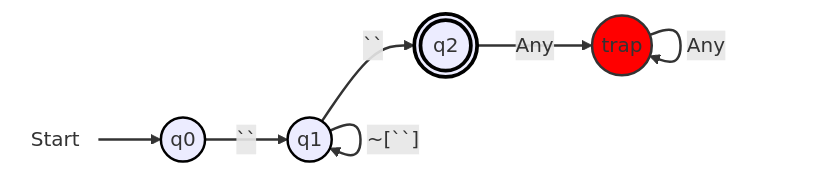
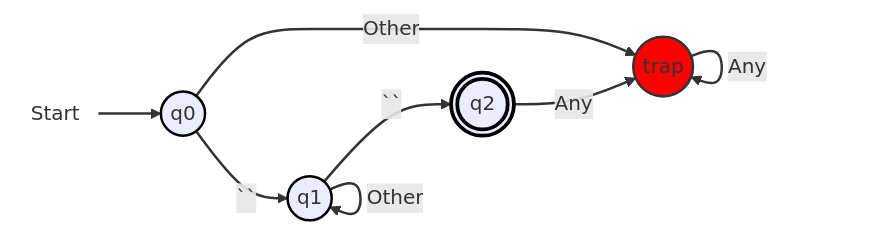
Before and after one commit to CS-Tiny-Compiler/a-tiny-compiler: the third of 9 diagrams in docs/DFA.md, drawn with Mermaid. The commit also changed other lines of this file and 1 other file, not shown here.

````diff
--- a/docs/DFA.md
+++ b/docs/DFA.md
@@ -69,25 +70,26 @@
 ```mermaid
 flowchart LR
   start(((Start))):::startNode --> q0(("q0")):::normal
 
   q0 --> |``| q1(("q1")):::normal
+  q0 --> |"Other"| q3(("trap")):::trapState  
 
-  q1 --> |"~[``]"| q1
+  q1 --> |"Other"| q1
   q1 --> |``| q2((("q2"))):::finalState
   
 
-  q2 --> |"Any"| q3(("trap")):::trapState  
+  q2 --> |"Any"| q3    
 
   q3 --> |"Any"| q3  
 
   classDef startNode fill:none,stroke:none;
   classDef normal stroke:#000,stroke-width:2px;
   classDef finalState stroke:#000,stroke-width:3px;
   classDef trapState fill:red,stroke:#333,stroke-width:2px;
 
   linkStyle 0 stroke-width:2px;
-  linkStyle 1,2,3,4,5 stroke:#333,stroke-width:2px,fill:none;
+  linkStyle 1,2,3,4,5,6 stroke:#333,stroke-width:2px,fill:none;
 
 
 
 ```
````
